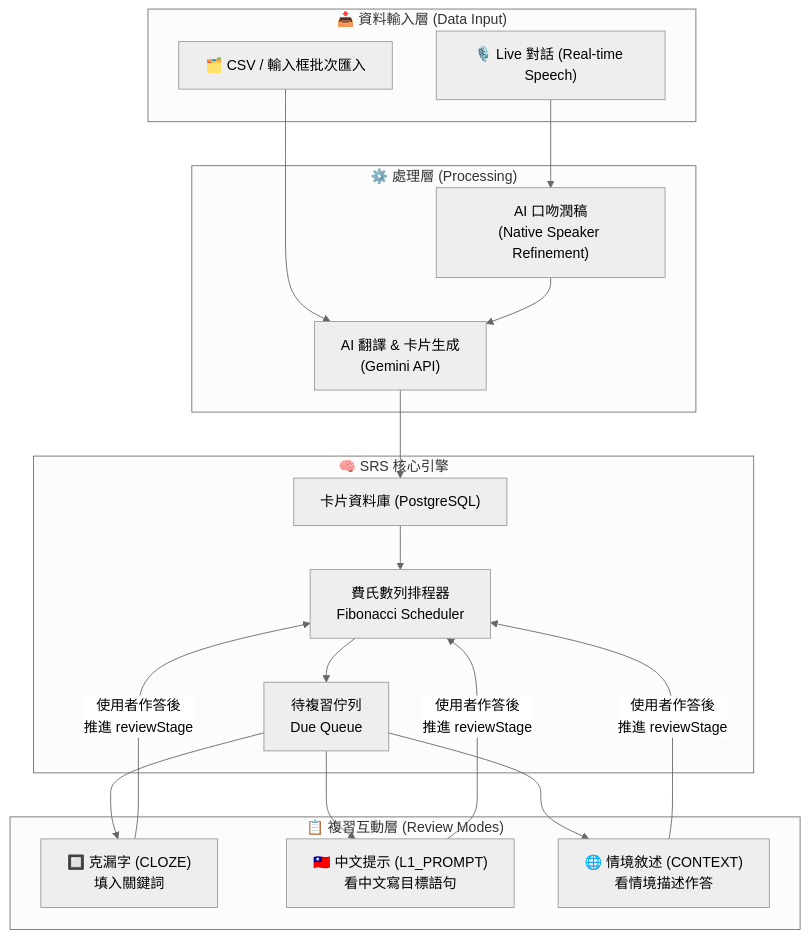
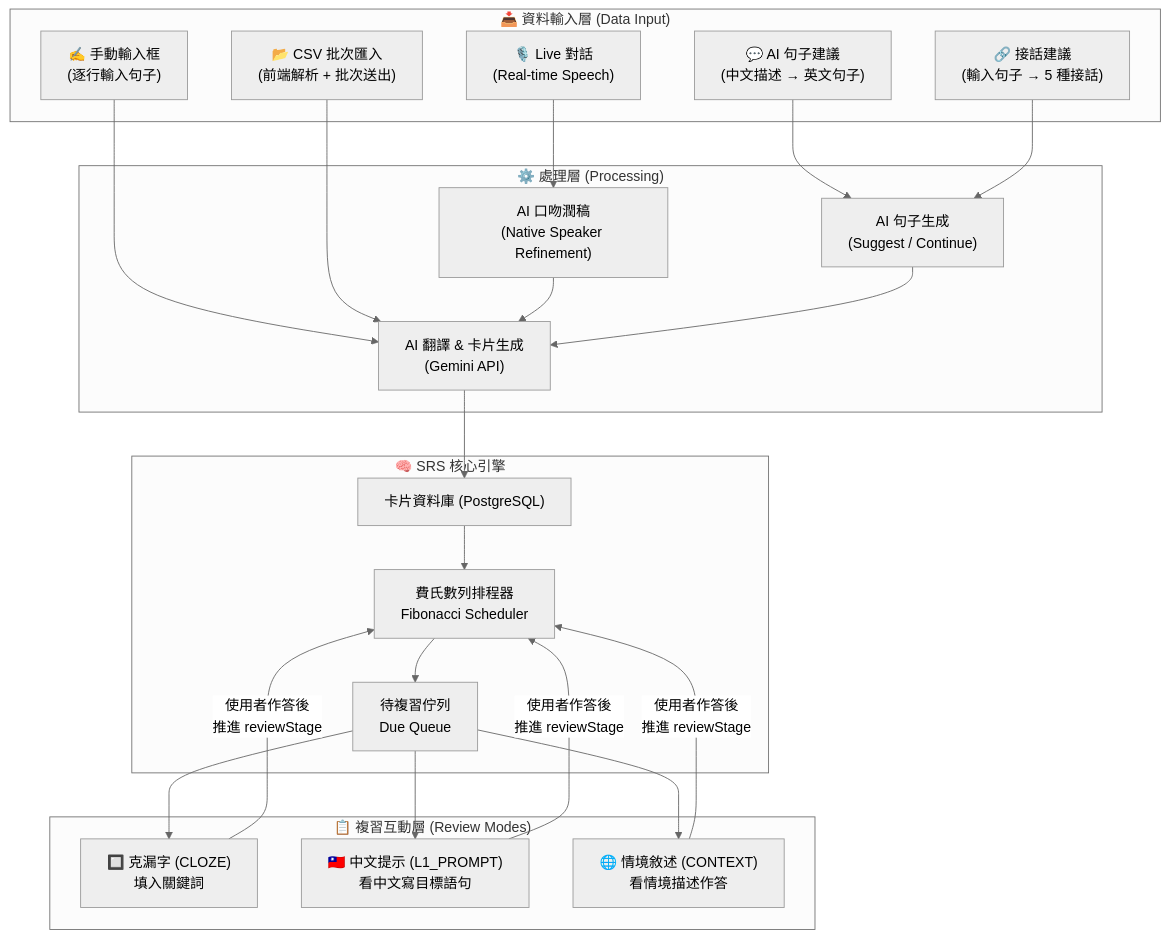
Before and after one commit to Lilian-yoli/MySpeakCoach: the diagram in roadmap-and-function-map.md, drawn with Mermaid (neutral theme). The commit also changed other lines of this file and 14 other files, not shown here.

````diff
--- a/roadmap-and-function-map.md
+++ b/roadmap-and-function-map.md
@@ -10,37 +10,45 @@
 ```mermaid
 graph TD
     subgraph INPUT["📥 資料輸入層 (Data Input)"]
-        A1["🗂️ CSV / 輸入框批次匯入"]
-        A2["🎙️ Live 對話 (Real-time Speech)"]
+        A1["✍️ 手動輸入框\n(逐行輸入句子)"]
+        A2["📂 CSV 批次匯入\n(前端解析 + 批次送出)"]
+        A3["🎙️ Live 對話\n(Real-time Speech)"]
+        A4["💬 AI 句子建議\n(中文描述 → 英文句子)"]
+        A5["🔗 接話建議\n(輸入句子 → 5 種接話)"]
     end
 
     subgraph PROC["⚙️ 處理層 (Processing)"]
         B1["AI 翻譯 & 卡片生成\n(Gemini API)"]
         B2["AI 口吻潤稿\n(Native Speaker Refinement)"]
+        B3["AI 句子生成\n(Suggest / Continue)"]
     end
 
     subgraph SRS["🧠 SRS 核心引擎"]
         C1["卡片資料庫 (PostgreSQL)"]
         C2["費氏數列排程器\nFibonacci Scheduler"]
         C3["待複習佇列\nDue Queue"]
     end
 
     subgraph REVIEW["📋 複習互動層 (Review Modes)"]
         D1["🔲 克漏字 (CLOZE)\n填入關鍵詞"]
         D2["🇹🇼 中文提示 (L1_PROMPT)\n看中文寫目標語句"]
         D3["🌐 情境敘述 (CONTEXT)\n看情境描述作答"]
     end
 
     A1 --> B1
-    A2 --> B2
+    A2 --> B1
+    A3 --> B2
+    A4 --> B3
+    A5 --> B3
     B2 --> B1
+    B3 --> B1
     B1 --> C1
     C1 --> C2
     C2 --> C3
     C3 --> D1
     C3 --> D2
     C3 --> D3
     D1 -->|"使用者作答後\n推進 reviewStage"| C2
     D2 -->|"使用者作答後\n推進 reviewStage"| C2
     D3 -->|"使用者作答後\n推進 reviewStage"| C2
 ```
````
